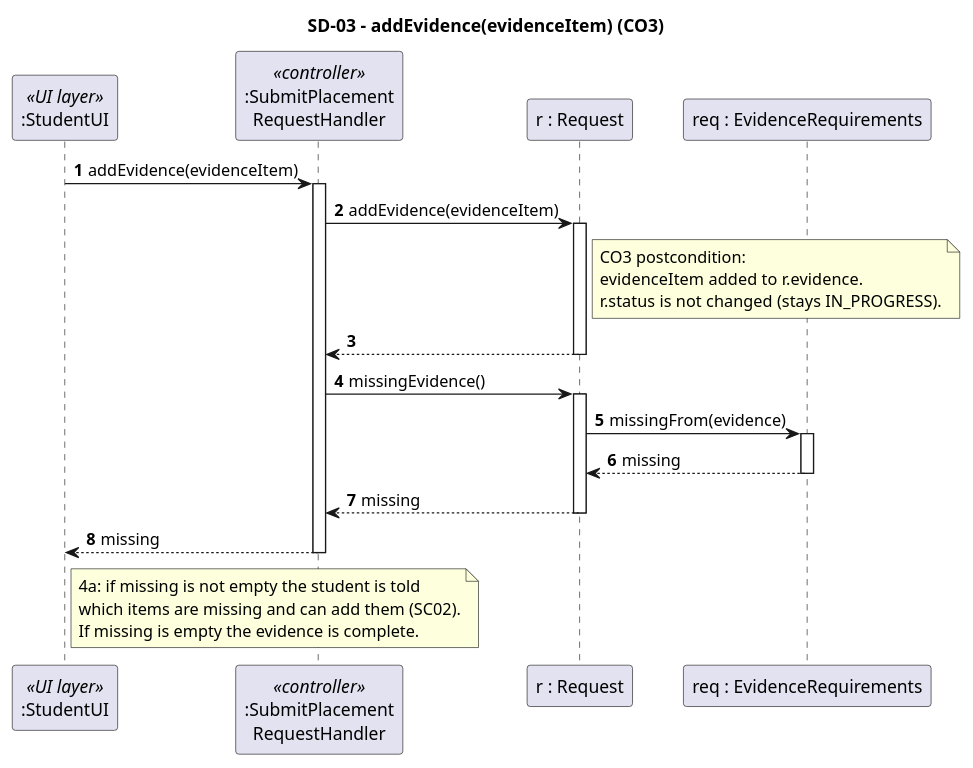
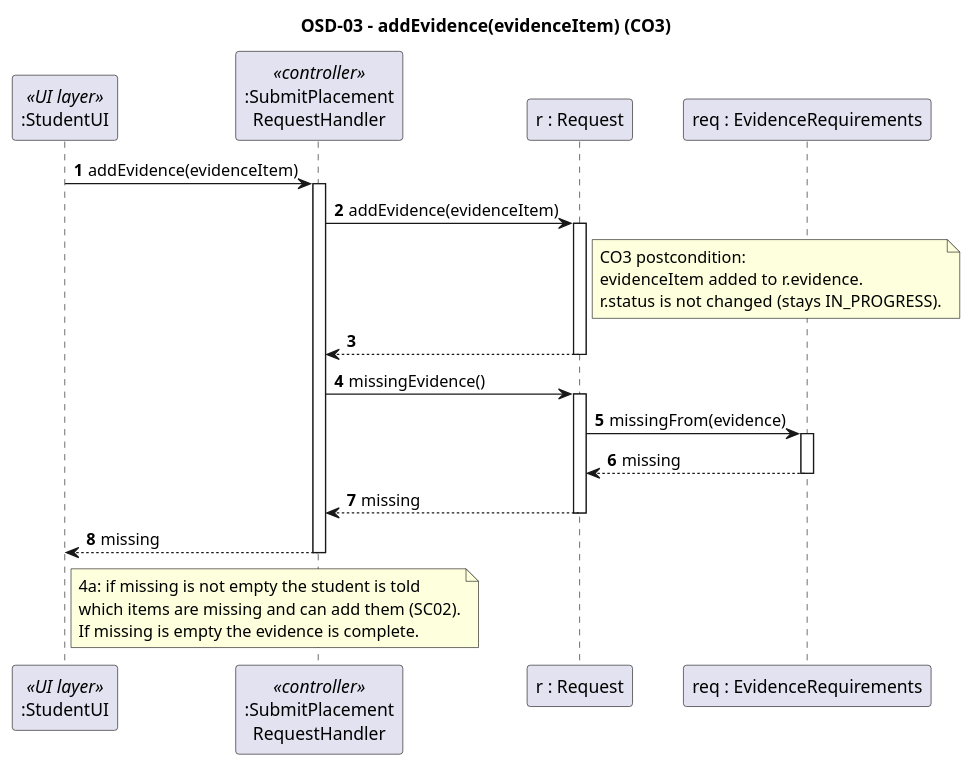
Before and after one commit to dan-1379/OOAD-CA1-Analysis: the diagram in CA2/diagrams/UC01-SD-03-addEvidence.puml, drawn with PlantUML. The commit also changed 17 other files, not shown here.

```diff
--- a/CA2/diagrams/UC01-SD-03-addEvidence.puml
+++ b/CA2/diagrams/UC01-SD-03-addEvidence.puml
@@ -1,43 +1,43 @@
 @startuml sd-03-add-evidence
-' SD-03 - addEvidence (CO3)
+' OSD-03 - addEvidence (CO3)
 ' Linked to: UC01 steps 3, 4 and extension 4a, SSD-01 loop, CO3, BR01, SC02
-title SD-03 – addEvidence(evidenceItem) (CO3)
+title OSD-03 – addEvidence(evidenceItem) (CO3)
 
 skinparam sequenceMessageAlign left
 autonumber
 
 participant ":StudentUI" as UI <<UI layer>>
 participant ":SubmitPlacement\nRequestHandler" as H <<controller>>
 participant "r : Request" as R
 participant "req : EvidenceRequirements" as ER
 
 UI -> H : addEvidence(evidenceItem)
 activate H
 
 H -> R : addEvidence(evidenceItem)
 activate R
 note right of R
   CO3 postcondition:
   evidenceItem added to r.evidence.
   r.status is not changed (stays IN_PROGRESS).
 end note
 R --> H
 deactivate R
 
 H -> R : missingEvidence()
 activate R
 R -> ER : missingFrom(evidence)
 activate ER
 ER --> R : missing
 deactivate ER
 R --> H : missing
 deactivate R
 
 H --> UI : missing
 deactivate H
 note right of UI
   4a: if missing is not empty the student is told
   which items are missing and can add them (SC02).
   If missing is empty the evidence is complete.
 end note
 @enduml
```
